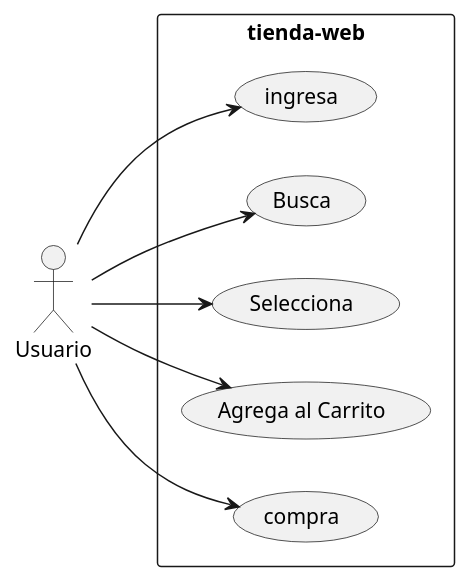
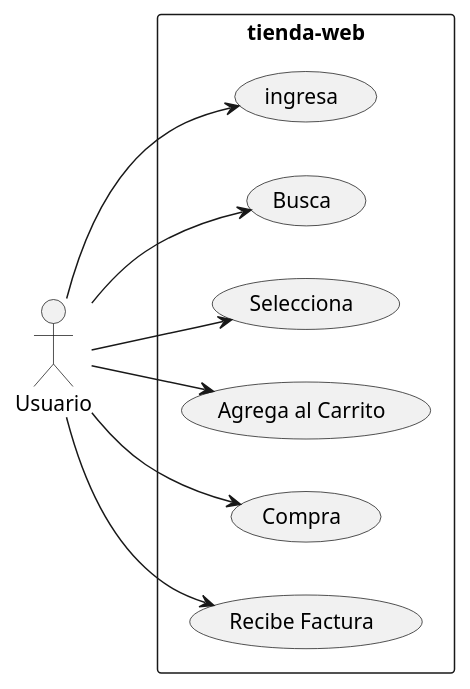
One commit to jonnycanabal/tienda-web-backend changed the diagram in diagramas-tienda-web/diagrama_casos_de_uso.puml. Above: the diagram before and after it, drawn with PlantUML. The commit also changed 8 other files, not shown here.

Commit message:
Actualizacino diagramas UML

```diff
--- a/diagramas-tienda-web/diagrama_casos_de_uso.puml
+++ b/diagramas-tienda-web/diagrama_casos_de_uso.puml
@@ -1,20 +1,22 @@
 @startuml tienda-web
 
 left to right direction
 actor "Usuario" as user
 
 rectangle tienda-web {
     usecase "ingresa" as uc1
     usecase "Busca" as uc2
     usecase "Selecciona" as uc3
     usecase "Agrega al Carrito" as uc4
-    usecase "compra" as uc5
+    usecase "Compra" as uc5
+    usecase "Recibe Factura" as uc6
 }
 
 user --> uc1
 user --> uc2
 user --> uc3
 user --> uc4
 user --> uc5
+user --> uc6
 
 @enduml
```
